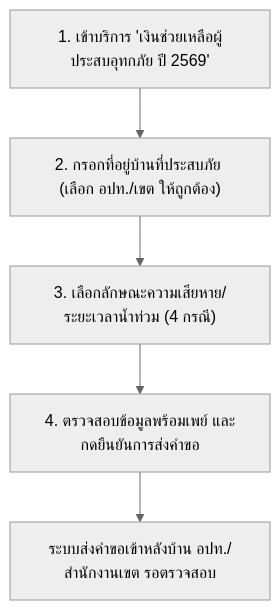
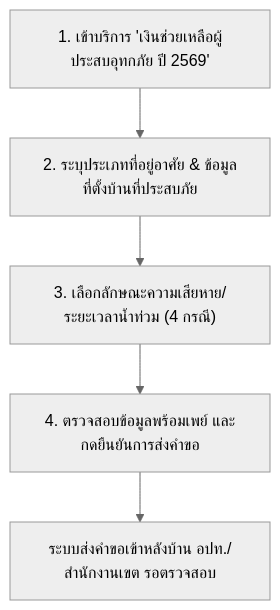
The diagram in faq/faq-tangrat-miniapp.md (astrathezero/kb-flood-relief69), drawn with Mermaid (neutral theme) before and after one commit. The commit also changed other lines of this file and 2 other files, not shown here.

````diff
--- a/faq/faq-tangrat-miniapp.md
+++ b/faq/faq-tangrat-miniapp.md
@@ -48,7 +48,7 @@
 ```mermaid
 graph TD
-    A["1. เข้าบริการ 'เงินช่วยเหลือผู้ประสบอุทกภัย ปี 2569'"] --> B["2. กรอกที่อยู่บ้านที่ประสบภัย (เลือก อปท./เขต ให้ถูกต้อง)"]
+    A["1. เข้าบริการ 'เงินช่วยเหลือผู้ประสบอุทกภัย ปี 2569'"] --> B["2. ระบุประเภทที่อยู่อาศัย & ข้อมูลที่ตั้งบ้านที่ประสบภัย"]
     B --> C["3. เลือกลักษณะความเสียหาย/ระยะเวลาน้ำท่วม (4 กรณี)"]
     C --> D["4. ตรวจสอบข้อมูลพร้อมเพย์ และกดยืนยันการส่งคำขอ"]
     D --> E["ระบบส่งคำขอเข้าหลังบ้าน อปท./สำนักงานเขต รอตรวจสอบ"]
 ```
````
